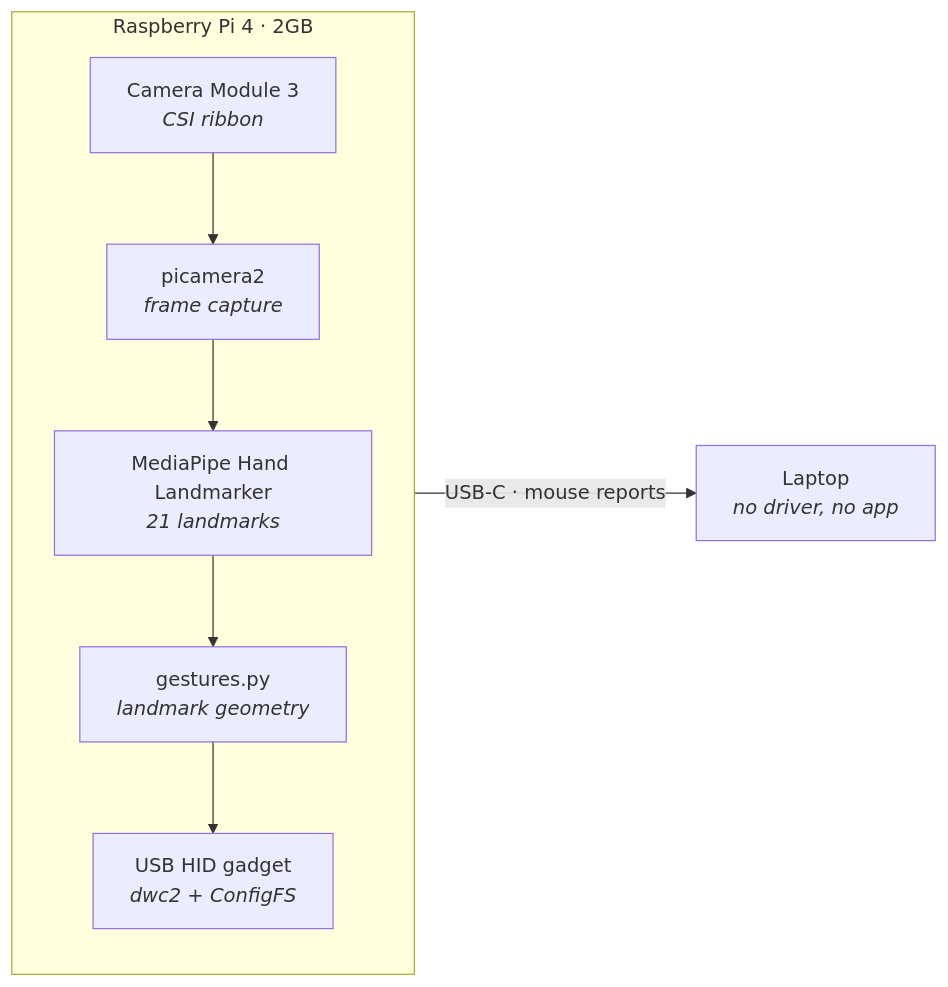
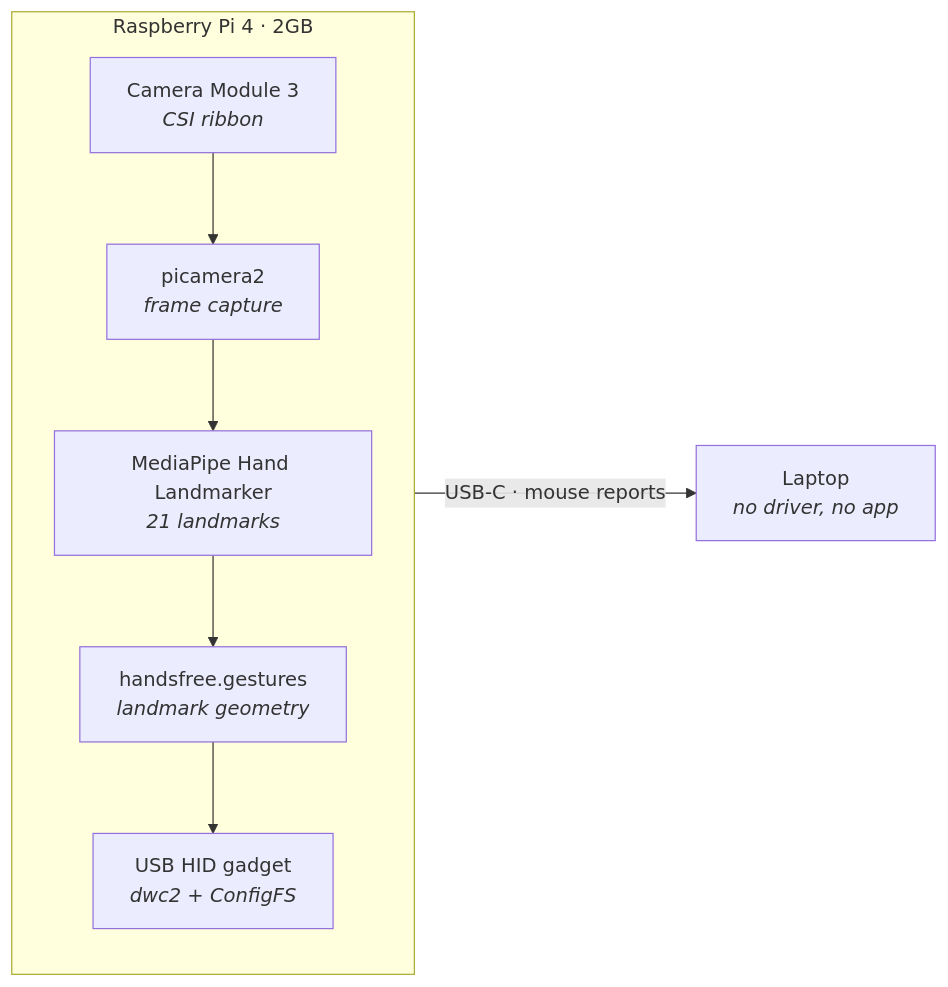
Before and after one commit to ChloeHouvardas/hands-free: the first of 2 diagrams in docs/field-notes/architecture.md, drawn with Mermaid. The commit also changed 19 other files, not shown here.

````diff
--- a/docs/field-notes/architecture.md
+++ b/docs/field-notes/architecture.md
@@ -3,13 +3,13 @@
 ```mermaid
 flowchart LR
     subgraph pi["Raspberry Pi 4 · 2GB"]
         direction TB
         cam["Camera Module 3<br/><i>CSI ribbon</i>"]
         pc["picamera2<br/><i>frame capture</i>"]
         mp["MediaPipe Hand Landmarker<br/><i>21 landmarks</i>"]
-        gs["gestures.py<br/><i>landmark geometry</i>"]
+        gs["handsfree.gestures<br/><i>landmark geometry</i>"]
         hid["USB HID gadget<br/><i>dwc2 + ConfigFS</i>"]
         cam --> pc --> mp --> gs --> hid
     end
     hid -->|"USB-C · mouse reports"| host["Laptop<br/><i>no driver, no app</i>"]
 ```
````
